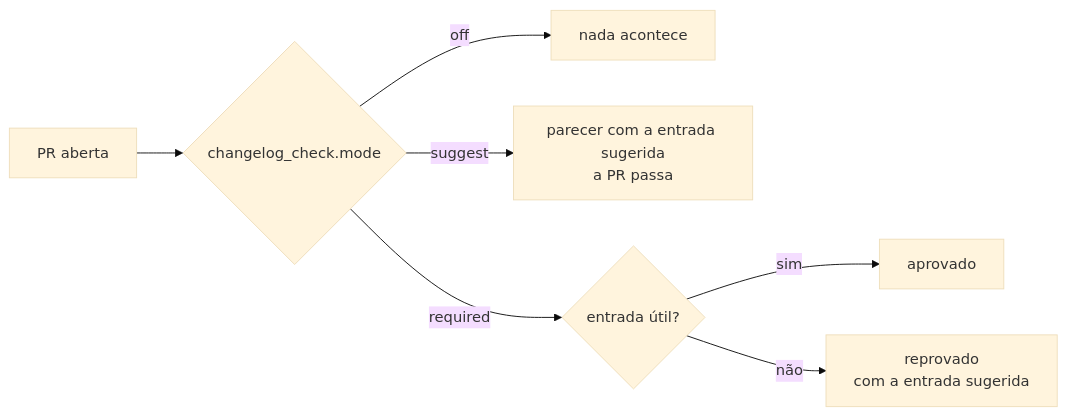
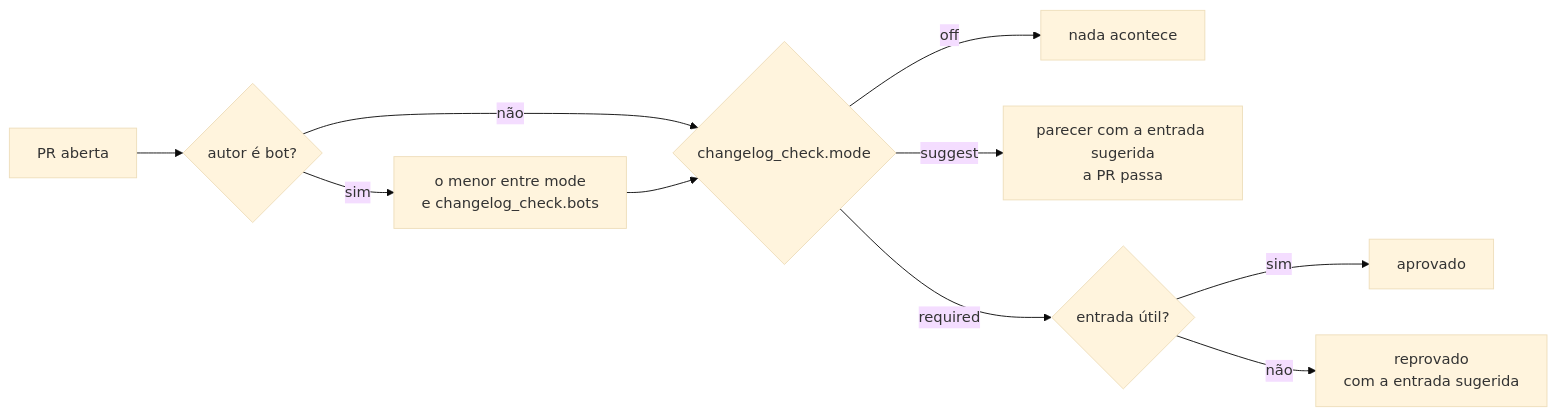
One commit to Mpaape/AurumCode changed the second of 2 diagrams in docs/configuration.md. Above: the diagram before and after it, drawn with Mermaid (base theme). The commit also changed other lines of this file and 18 other files, not shown here.

First line of the commit message:
changelog: PR de bot não reprova no modo obrigatório (AUR-610)

````diff
--- a/docs/configuration.md
+++ b/docs/configuration.md
@@ -2235,9 +2236,12 @@
 ```mermaid
 flowchart LR
-  PR[PR aberta] --> M{changelog_check.mode}
+  PR[PR aberta] --> B{autor é bot?}
+  B -->|não| M{changelog_check.mode}
+  B -->|sim| BM[o menor entre mode<br/>e changelog_check.bots]
+  BM --> M
   M -->|off| N[nada acontece]
   M -->|suggest| S[parecer com a entrada sugerida<br/>a PR passa]
   M -->|required| E{entrada útil?}
   E -->|sim| A[aprovado]
   E -->|não| R[reprovado<br/>com a entrada sugerida]
 ```
````
